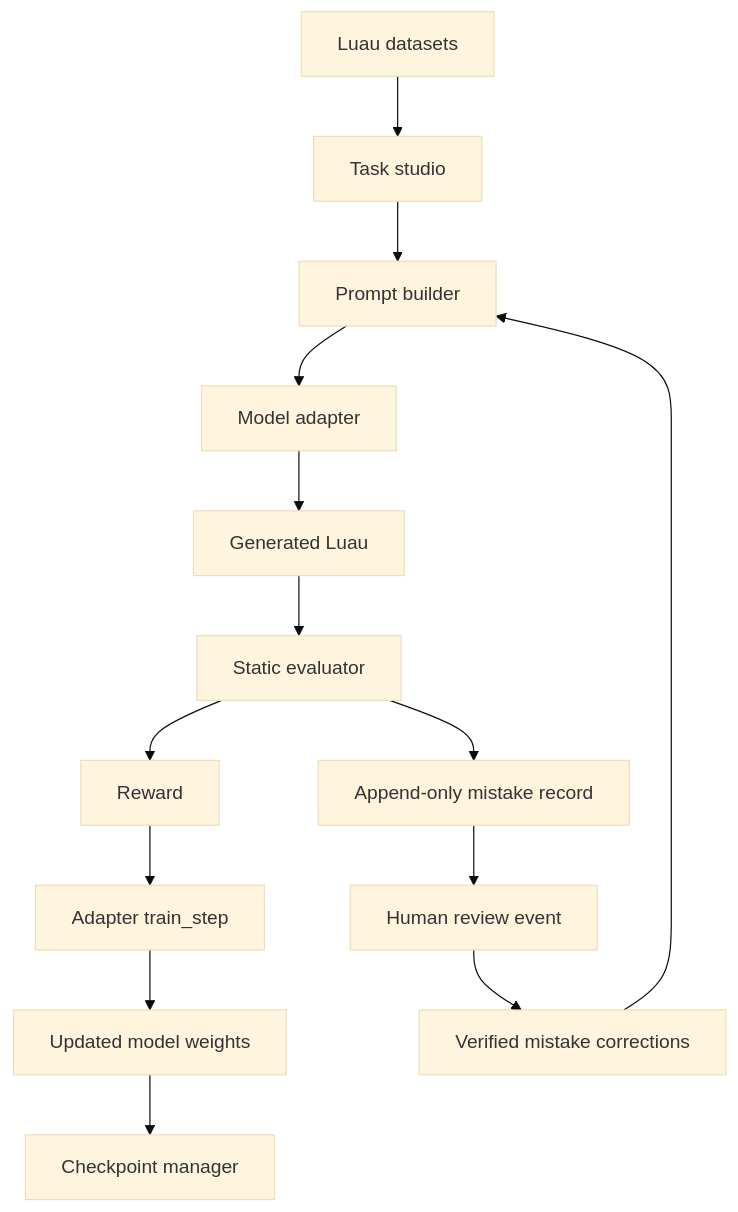
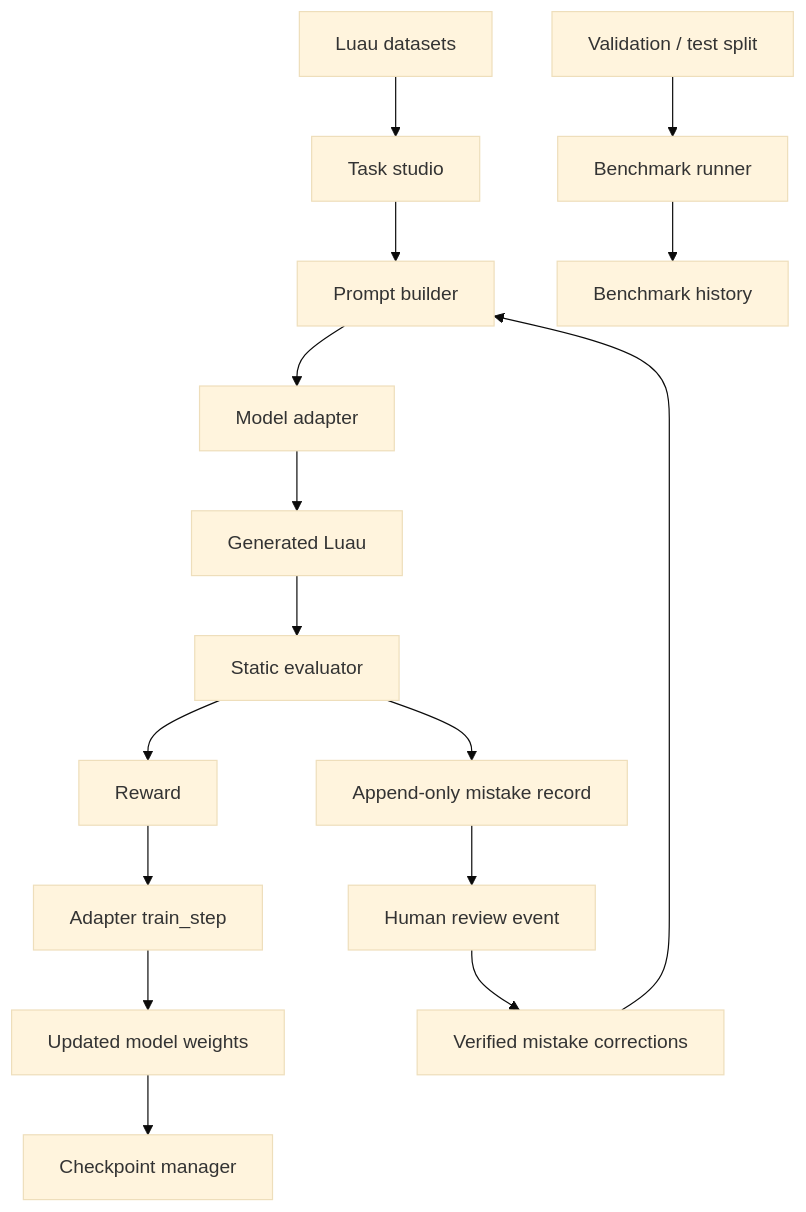
One commit to likith375/likith changed the diagram in NeuralForge-RL-Lab/docs/architecture.md. Above: the diagram before and after it, drawn with Mermaid (base theme). The commit also changed other lines of this file, not shown here.

Commit message:
Document evaluation benchmarks and audit log architecture

````diff
--- a/NeuralForge-RL-Lab/docs/architecture.md
+++ b/NeuralForge-RL-Lab/docs/architecture.md
@@ -13,16 +13,18 @@
 ```mermaid
 flowchart TD
   A[Luau datasets] --> B[Task studio]
   B --> C[Prompt builder]
   D[Verified mistake corrections] --> C
   C --> E[Model adapter]
   E --> F[Generated Luau]
   F --> G[Static evaluator]
   G --> H[Reward]
   G --> I[Append-only mistake record]
   I --> J[Human review event]
   J --> D
   H --> K[Adapter train_step]
   K --> L[Updated model weights]
   L --> M[Checkpoint manager]
+  N[Validation / test split] --> O[Benchmark runner]
+  O --> P[Benchmark history]
 ```
````
